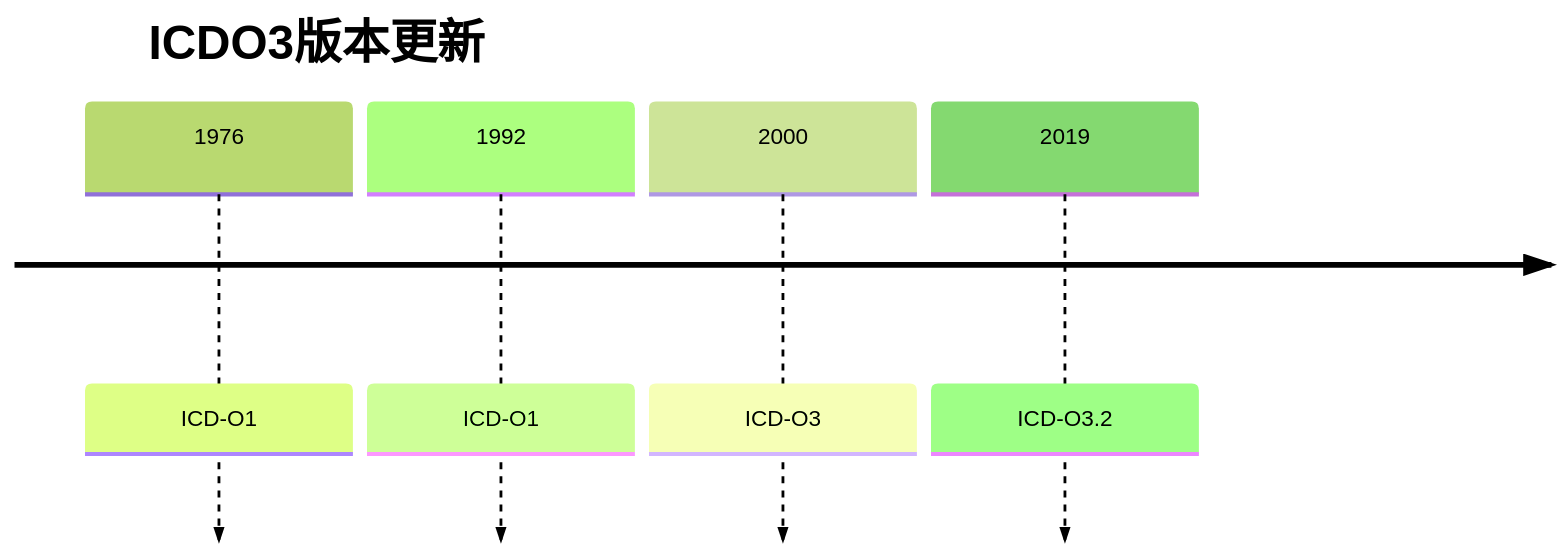
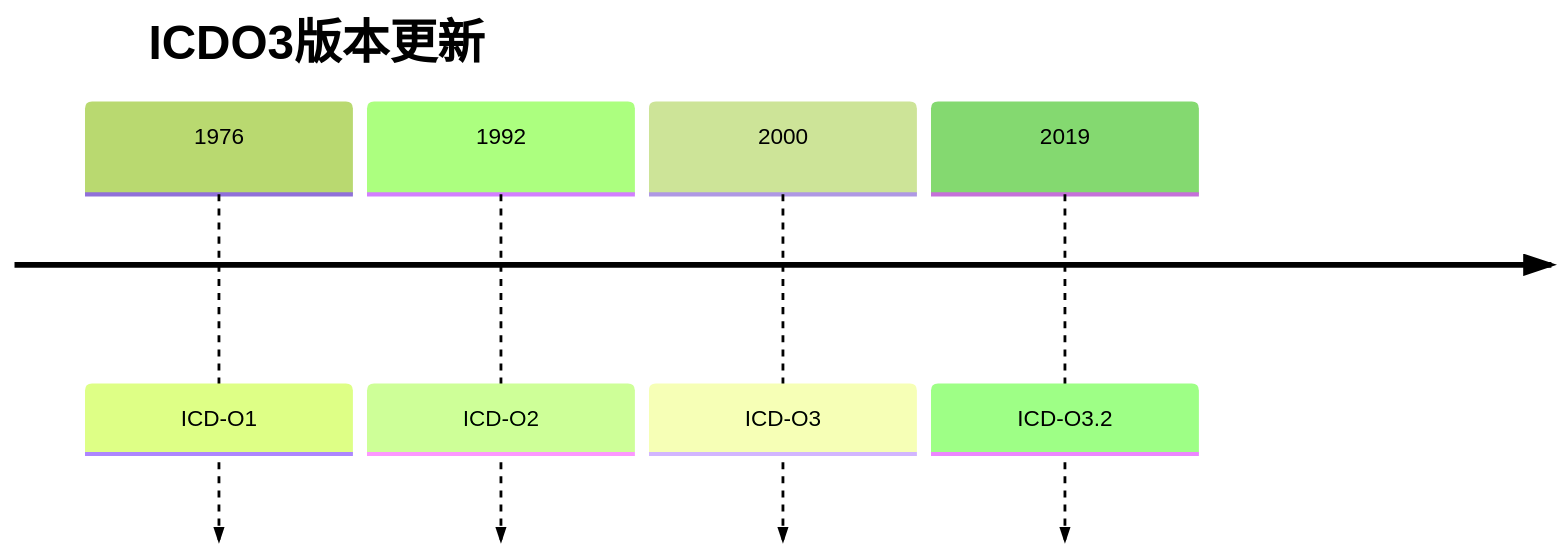
The third of 3 diagrams in 2023-10-13-cancer-coding/index.qmd (gigu003/slides), drawn with Mermaid before and after one commit. The commit also changed 10 other files, not shown here.

````diff
--- a/2023-10-13-cancer-coding/index.qmd
+++ b/2023-10-13-cancer-coding/index.qmd
@@ -191,9 +191,9 @@
 ```{mermaid}
 %%{init: { 'logLevel': 'debug', 'theme': 'forest' } }%%
 timeline
   title ICDO3版本更新
       1976 : ICD-O1
-      1992 : ICD-O1
+      1992 : ICD-O2
       2000 : ICD-O3
       2019 : ICD-O3.2
 ```
````
